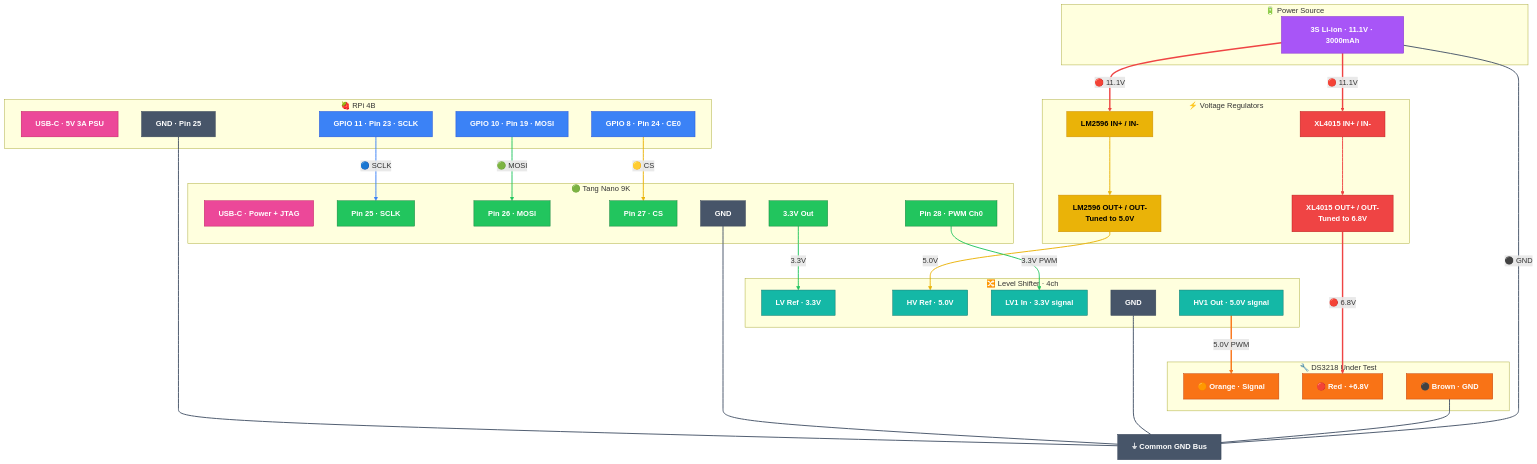
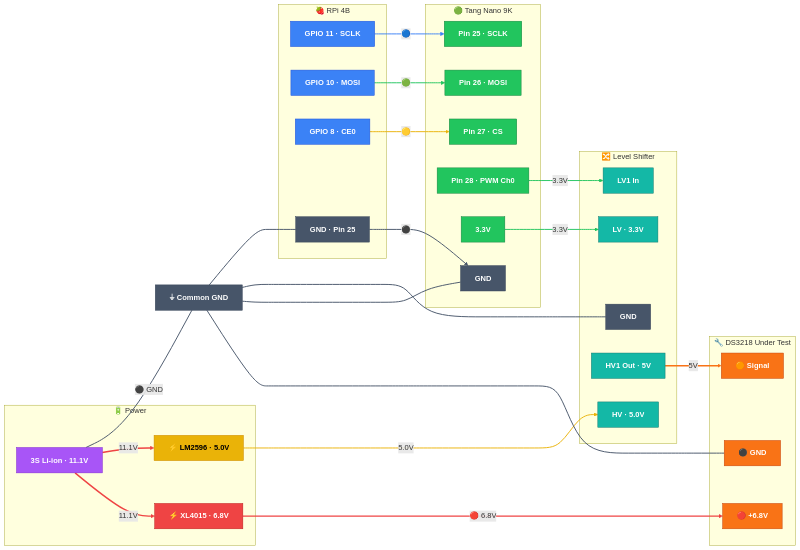
The diagram in control/calibration/setup_guide.md (Major-Project-001/VIGIL-RQ), drawn with Mermaid before and after one commit.

Commit message:
docs: Revert wiring diagram to LR layout with original pin labels + power blocks

````diff
--- a/control/calibration/setup_guide.md
+++ b/control/calibration/setup_guide.md
@@ -38,5 +38,5 @@
 ```mermaid
-graph TD
+graph LR
     classDef rpi fill:#3b82f6,stroke:#1d4ed8,color:#fff,font-weight:bold
     classDef fpga fill:#22c55e,stroke:#15803d,color:#fff,font-weight:bold
     classDef ls fill:#14b8a6,stroke:#0f766e,color:#fff,font-weight:bold
@@ -45,101 +45,81 @@
     classDef bat fill:#a855f7,stroke:#7e22ce,color:#fff,font-weight:bold
     classDef reg fill:#eab308,stroke:#ca8a04,color:#000,font-weight:bold
     classDef gnd fill:#475569,stroke:#334155,color:#fff,font-weight:bold
-    classDef usb fill:#ec4899,stroke:#be185d,color:#fff,font-weight:bold
 
-    %% ── Power Source ──
-    subgraph PWR_SRC["🔋 Power Source"]
-        BAT["3S Li-ion · 11.1V · 3000mAh"]:::bat
-    end
-
-    %% ── Voltage Regulators ──
-    subgraph REGULATORS["⚡ Voltage Regulators"]
-        XL_IN["XL4015 IN+ / IN-"]:::pwr
-        XL_OUT["XL4015 OUT+ / OUT-<br/>Tuned to 6.8V"]:::pwr
-        LM_IN["LM2596 IN+ / IN-"]:::reg
-        LM_OUT["LM2596 OUT+ / OUT-<br/>Tuned to 5.0V"]:::reg
-    end
-
-    %% ── RPi ──
     subgraph RPI_BENCH["🍓 RPi 4B"]
-        R_USB["USB-C · 5V 3A PSU"]:::usb
-        R_SCLK["GPIO 11 · Pin 23 · SCLK"]:::rpi
-        R_MOSI["GPIO 10 · Pin 19 · MOSI"]:::rpi
-        R_CE0["GPIO 8 · Pin 24 · CE0"]:::rpi
+        R_SCLK["GPIO 11 · SCLK"]:::rpi
+        R_MOSI["GPIO 10 · MOSI"]:::rpi
+        R_CE0["GPIO 8 · CE0"]:::rpi
         R_GND["GND · Pin 25"]:::gnd
     end
 
-    %% ── FPGA ──
     subgraph FPGA_BENCH["🟢 Tang Nano 9K"]
-        F_USB["USB-C · Power + JTAG"]:::usb
         F_SCLK["Pin 25 · SCLK"]:::fpga
         F_MOSI["Pin 26 · MOSI"]:::fpga
         F_CS["Pin 27 · CS"]:::fpga
         F_PWM0["Pin 28 · PWM Ch0"]:::fpga
-        F_3V3["3.3V Out"]:::fpga
+        F_3V3["3.3V"]:::fpga
         F_GND["GND"]:::gnd
     end
 
-    %% ── Level Shifter ──
-    subgraph LS_BENCH["🔀 Level Shifter · 4ch"]
-        LS_LV_REF["LV Ref · 3.3V"]:::ls
-        LS_HV_REF["HV Ref · 5.0V"]:::ls
-        LS_LV1["LV1 In · 3.3V signal"]:::ls
-        LS_HV1["HV1 Out · 5.0V signal"]:::ls
+    subgraph LS_BENCH["🔀 Level Shifter"]
+        LS_LV_REF["LV · 3.3V"]:::ls
+        LS_HV_REF["HV · 5.0V"]:::ls
+        LS_LV1["LV1 In"]:::ls
+        LS_HV1["HV1 Out · 5V"]:::ls
         LS_GND["GND"]:::gnd
     end
 
-    %% ── Servo ──
     subgraph SERVO_BENCH["🔧 DS3218 Under Test"]
-        S_SIG["🟠 Orange · Signal"]:::servo
-        S_VCC["🔴 Red · +6.8V"]:::servo
-        S_GND["⚫ Brown · GND"]:::servo
+        S_SIG["🟠 Signal"]:::servo
+        S_VCC["🔴 +6.8V"]:::servo
+        S_GND["⚫ GND"]:::servo
     end
 
-    %% ── Common GND Bus ──
-    GND_BUS["⏚ Common GND Bus"]:::gnd
+    subgraph PWR_BENCH["🔋 Power"]
+        BAT["3S Li-ion · 11.1V"]:::bat
+        XL["⚡ XL4015 · 6.8V"]:::pwr
+        LM["⚡ LM2596 · 5.0V"]:::reg
+    end
 
-    %% ── Battery → Regulators ──
-    BAT -->|"🔴 11.1V"| XL_IN
-    BAT -->|"🔴 11.1V"| LM_IN
-    XL_IN --> XL_OUT
-    LM_IN --> LM_OUT
+    COMMON_GND["⏚ Common GND"]:::gnd
 
-    %% ── SPI Connections ──
-    R_SCLK -->|"🔵 SCLK"| F_SCLK
-    R_MOSI -->|"🟢 MOSI"| F_MOSI
-    R_CE0 -->|"🟡 CS"| F_CS
+    %% SPI
+    R_SCLK -->|"🔵"| F_SCLK
+    R_MOSI -->|"🟢"| F_MOSI
+    R_CE0 -->|"🟡"| F_CS
+    R_GND -->|"⚫"| F_GND
 
-    %% ── Level Shifter Voltage Refs ──
+    %% Level shifter refs
     F_3V3 -->|"3.3V"| LS_LV_REF
-    LM_OUT -->|"5.0V"| LS_HV_REF
+    LM -->|"5.0V"| LS_HV_REF
 
-    %% ── Signal Path: FPGA → Level Shifter → Servo ──
-    F_PWM0 -->|"3.3V PWM"| LS_LV1
-    LS_HV1 -->|"5.0V PWM"| S_SIG
+    %% Signal path
+    F_PWM0 -->|"3.3V"| LS_LV1
+    LS_HV1 -->|"5V"| S_SIG
 
-    %% ── Servo Power ──
-    XL_OUT -->|"🔴 6.8V"| S_VCC
+    %% Power
+    BAT -->|"11.1V"| XL
+    BAT -->|"11.1V"| LM
+    XL -->|"🔴 6.8V"| S_VCC
 
-    %% ── GND Bus (all grounds tied together) ──
-    R_GND --- GND_BUS
-    F_GND --- GND_BUS
-    LS_GND --- GND_BUS
-    S_GND --- GND_BUS
-    BAT ---|"⚫ GND"| GND_BUS
+    %% GND bus
+    COMMON_GND --- S_GND
+    COMMON_GND --- F_GND
+    COMMON_GND --- LS_GND
+    COMMON_GND --- R_GND
+    BAT ---|"⚫ GND"| COMMON_GND
 
-    %% ── Link Styles ──
-    linkStyle 0 stroke:#ef4444,stroke-width:3px
-    linkStyle 1 stroke:#ef4444,stroke-width:3px
-    linkStyle 2 stroke:#ef4444,stroke-width:2px
-    linkStyle 3 stroke:#eab308,stroke-width:2px
-    linkStyle 4 stroke:#3b82f6,stroke-width:2px
-    linkStyle 5 stroke:#22c55e,stroke-width:2px
-    linkStyle 6 stroke:#eab308,stroke-width:2px
-    linkStyle 7 stroke:#22c55e,stroke-width:2px
-    linkStyle 8 stroke:#eab308,stroke-width:2px
-    linkStyle 9 stroke:#22c55e,stroke-width:2px
-    linkStyle 10 stroke:#f97316,stroke-width:3px
-    linkStyle 11 stroke:#ef4444,stroke-width:3px
-    linkStyle 12,13,14,15,16 stroke:#475569,stroke-width:2px
+    linkStyle 0 stroke:#3b82f6,stroke-width:2px
+    linkStyle 1 stroke:#22c55e,stroke-width:2px
+    linkStyle 2 stroke:#eab308,stroke-width:2px
+    linkStyle 3 stroke:#475569,stroke-width:2px
+    linkStyle 4 stroke:#22c55e,stroke-width:2px
+    linkStyle 5 stroke:#eab308,stroke-width:2px
+    linkStyle 6 stroke:#22c55e,stroke-width:2px
+    linkStyle 7 stroke:#f97316,stroke-width:3px
+    linkStyle 8 stroke:#ef4444,stroke-width:3px
+    linkStyle 9 stroke:#ef4444,stroke-width:3px
+    linkStyle 10 stroke:#ef4444,stroke-width:3px
+    linkStyle 11,12,13,14,15 stroke:#475569,stroke-width:2px
 ```
````
